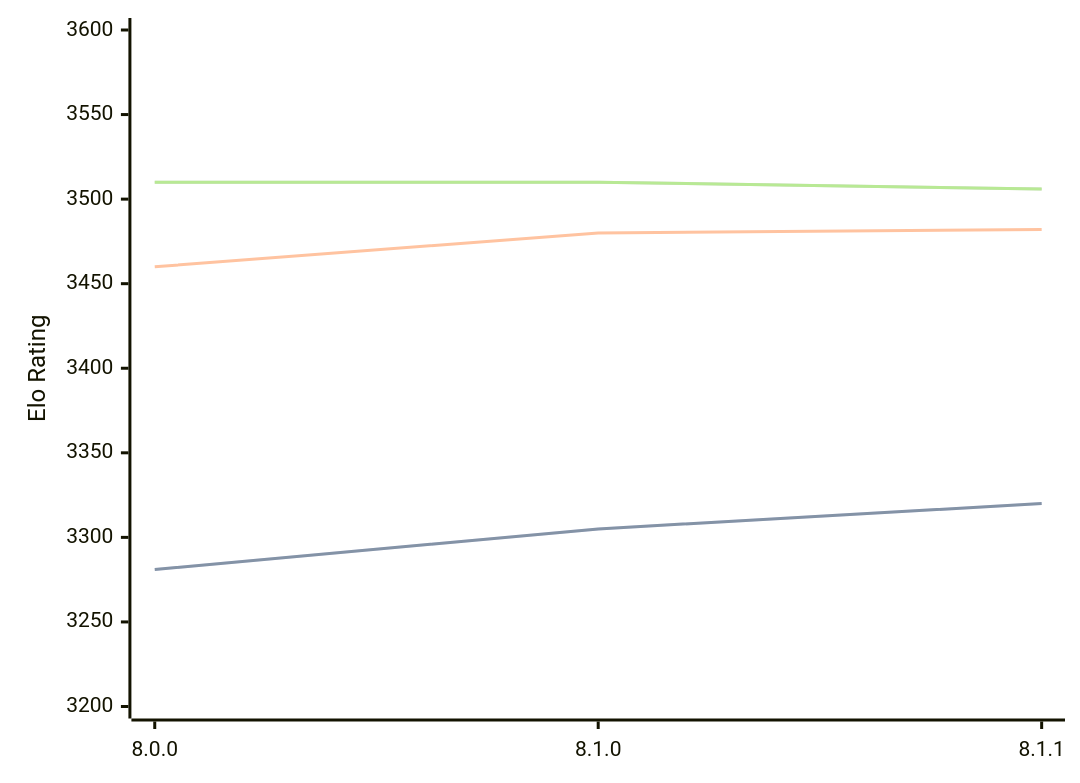
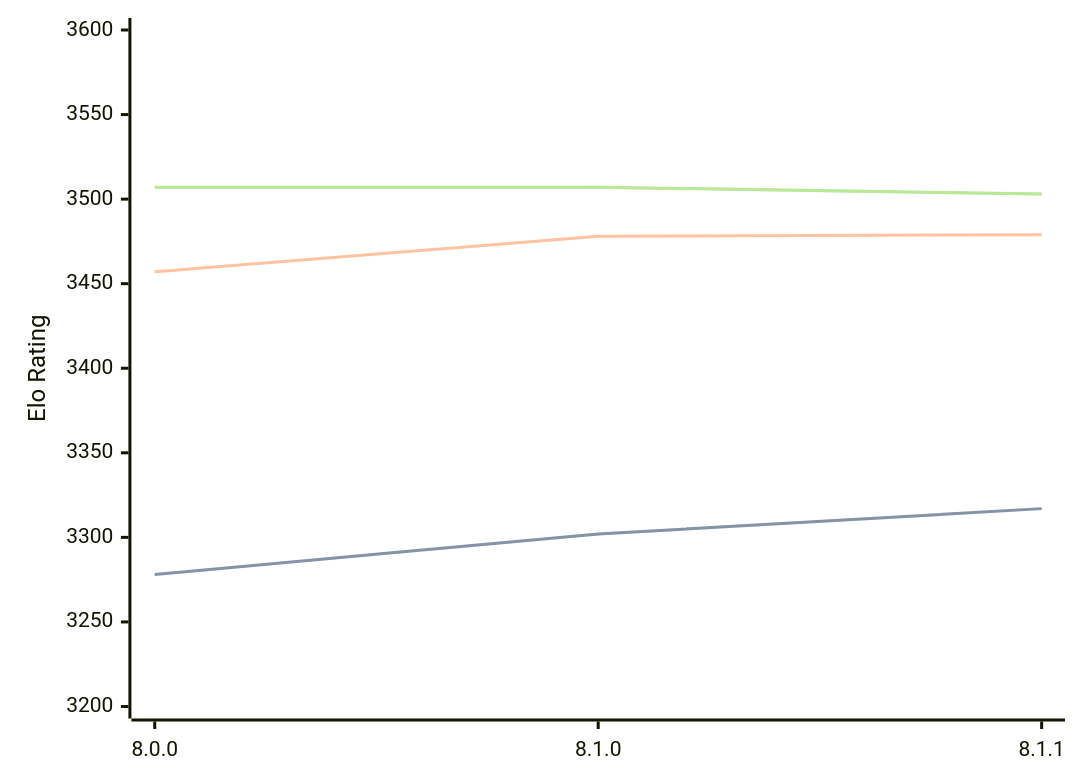
The diagram in engines/Velvet.md (computer-chess-index/cci), drawn with Mermaid before and after one commit. The commit also changed other lines of this file, not shown here.

Commit message:
Update CCI Ratings (ELO VLTC) - 2026-03-10

````diff
--- a/engines/Velvet.md
+++ b/engines/Velvet.md
@@ -55,11 +55,11 @@
 ```mermaid
 %%{init: {"theme":"base","themeVariables":{"seriesColors:['#a3a3a3','#222221','#faa371']}}}%%
 xychart-beta
   x-axis ["8.0.0", "8.1.0", "8.1.1"]
   y-axis "Elo Rating" 3200 --> 3600
-  line "STC (8.0+0.08s)" [3281, 3305, 3320]
-  line "STC (8.0+0.08s)" [3281, 3305, 3320]
-  line "LTC (60.0+0.60s)" [3460, 3480, 3482]
-  line "VLTC (2m24s+1.12s)" [3510, 3510, 3506]
-  line "VLTC (2m24s+1.12s)" [3510, 3510, 3506]
+  line "STC (8.0+0.08s)" [3278, 3302, 3317]
+  line "STC (8.0+0.08s)" [3278, 3302, 3317]
+  line "LTC (60.0+0.60s)" [3457, 3478, 3479]
+  line "VLTC (2m24s+1.12s)" [3507, 3507, 3503]
+  line "VLTC (2m24s+1.12s)" [3507, 3507, 3503]
 ```
````
